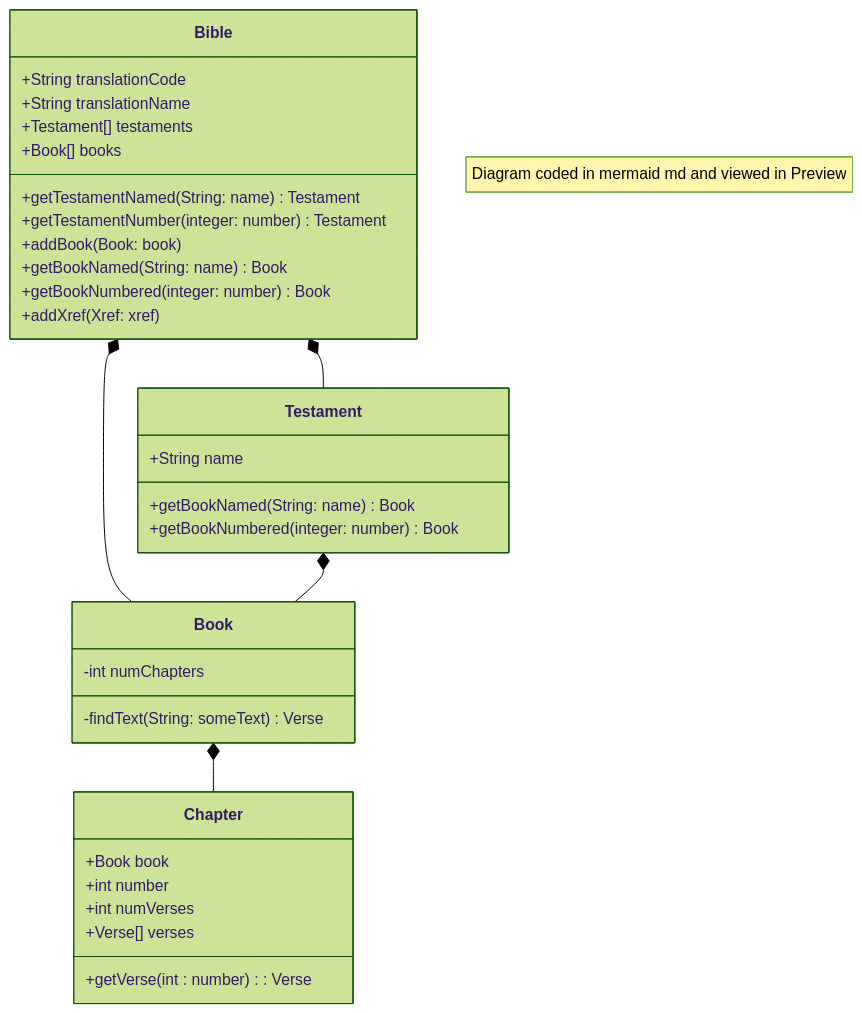
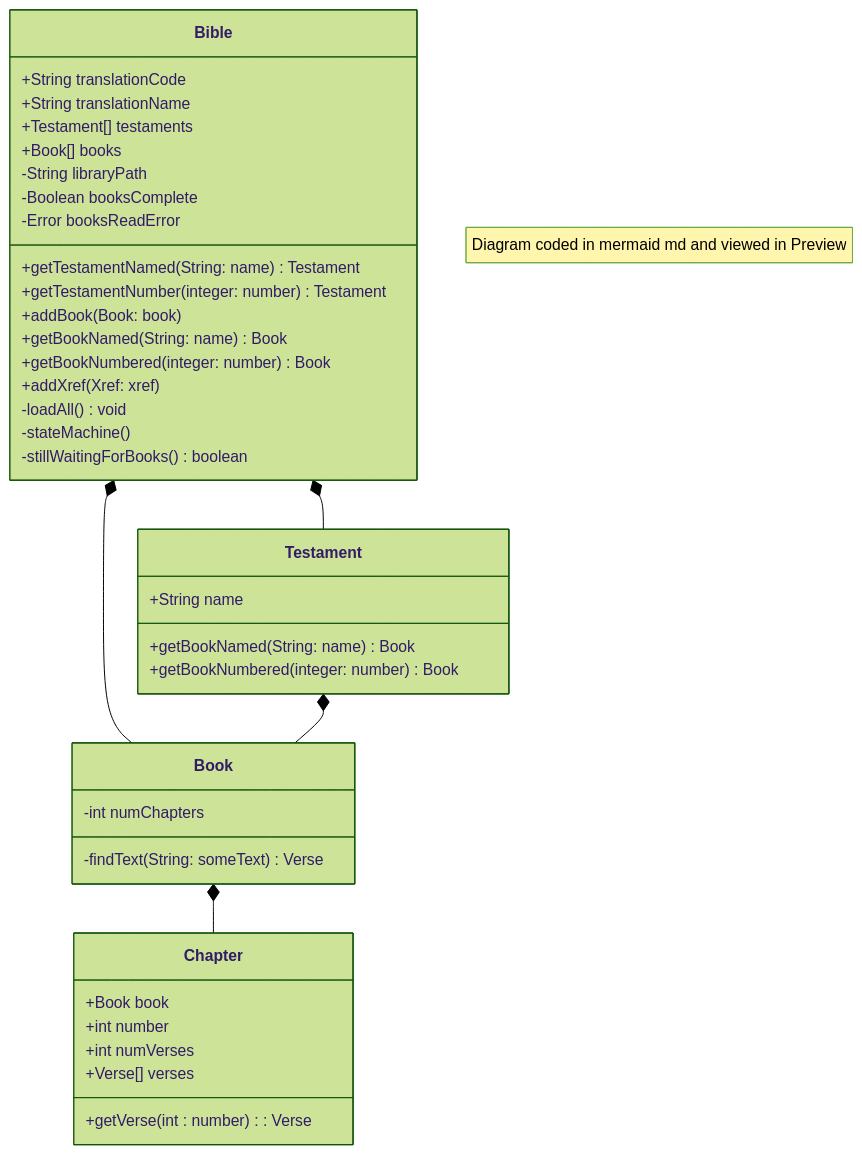
The diagram in ObjectModel/ObjectModel.md (MichaelKentBurns/BibleModel), drawn with Mermaid (forest theme) before and after one commit. The commit also changed other lines of this file and 35 other files, not shown here.

````diff
--- a/ObjectModel/ObjectModel.md
+++ b/ObjectModel/ObjectModel.md
@@ -12,42 +12,48 @@
 ```mermaid
 classDiagram
     note "Diagram coded in mermaid md and viewed in Preview"
    
     class Bible {
         +String translationCode
         +String translationName
         +Testament[] testaments
         +Book[] books
+        -String libraryPath
+        -Boolean booksComplete
+        -Error booksReadError
 
         +getTestamentNamed(String: name) Testament
         +getTestamentNumber(integer: number) Testament
         +addBook(Book: book)
         +getBookNamed(String: name) Book
         +getBookNumbered(integer: number) Book
         +addXref(Xref: xref)
+        -loadAll() void
+        -stateMachine() 
+        -stillWaitingForBooks() boolean
     }
 
     Bible *-- Testament
     class Testament {
         +String name
         +getBookNamed(String: name) Book
         +getBookNumbered(integer: number) Book
     }
 
     Bible *-- Book 
     Testament *-- Book
     class Book {
         -int numChapters
         -findText( String: someText ) Verse
     }
     Book *-- Chapter
 
     class Chapter {
         +Book book
         +int number
         +int numVerses
         +Verse[] verses
         +getVerse( int : number ) : Verse
     }
 
 ```
````
